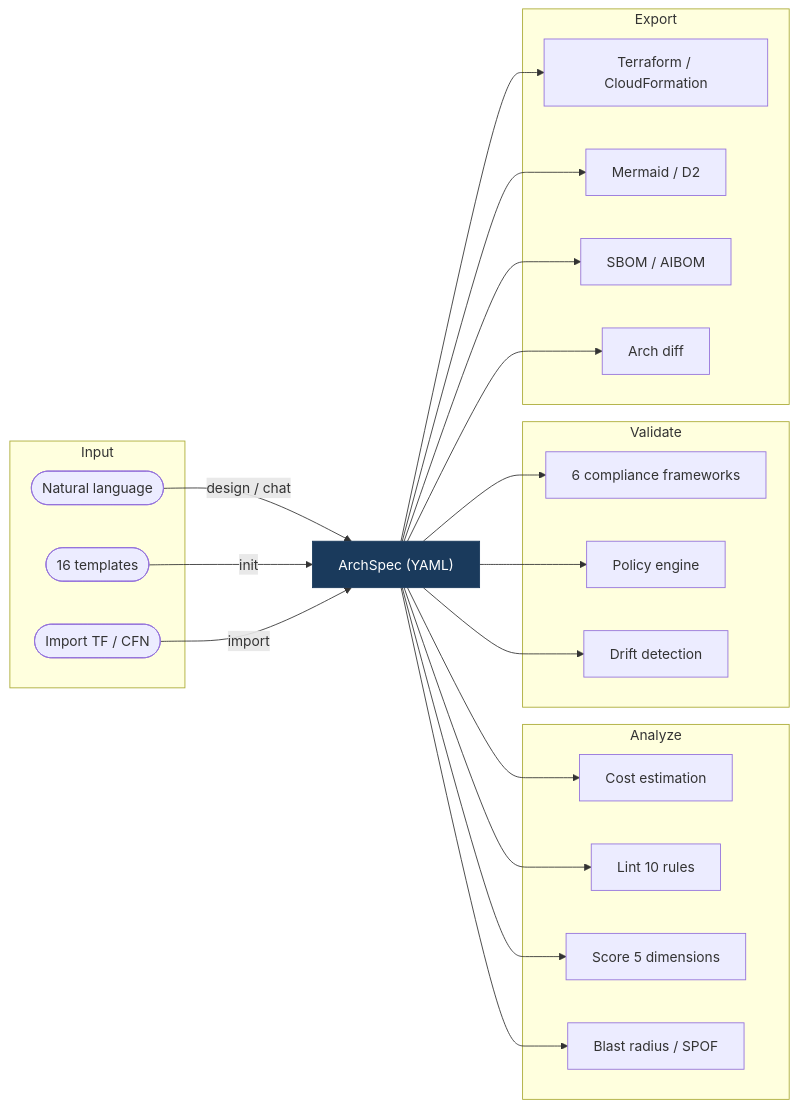
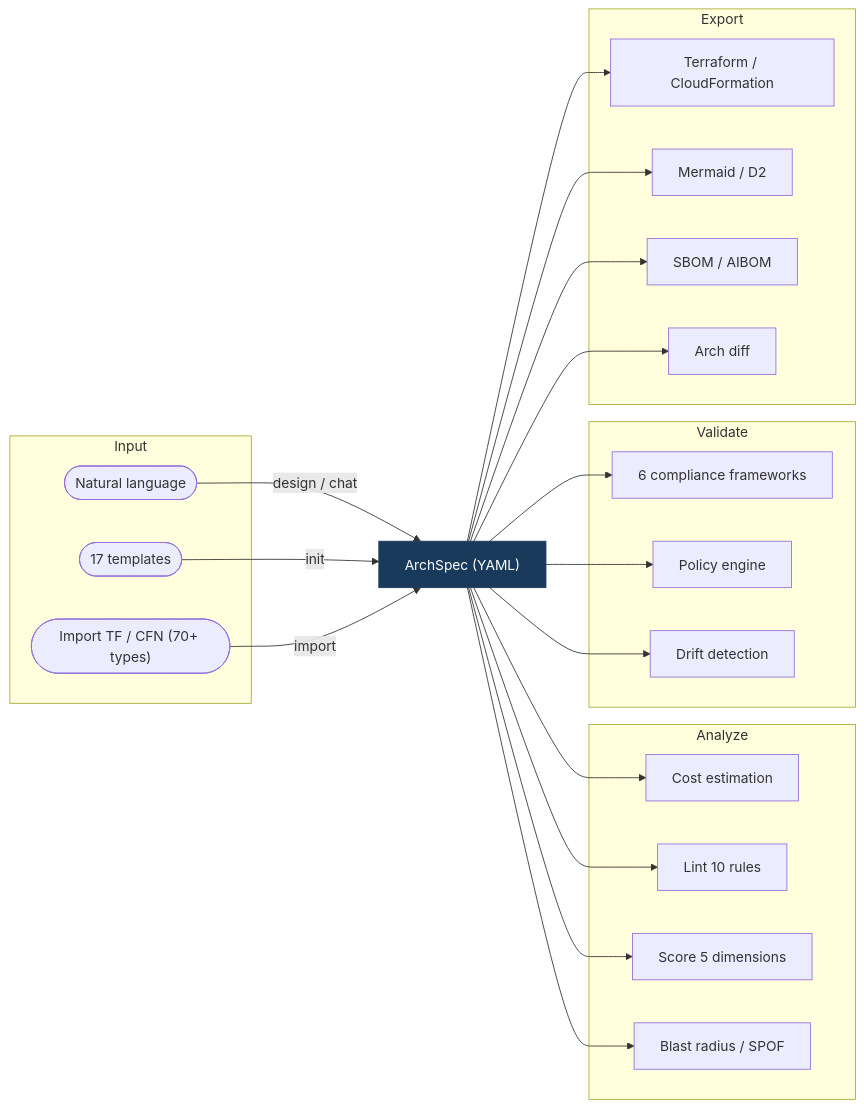
Before and after one commit to xmpuspus/cloudwright: the first of 2 diagrams in README.md, drawn with Mermaid. The commit also changed other lines of this file, not shown here.

Commit message:
Restructure README with What's New section and release timeline

````diff
--- a/README.md
+++ b/README.md
@@ -18,40 +160,40 @@
 ```mermaid
 flowchart LR
     subgraph Input
         nl(["Natural language"])
-        tpl(["16 templates"])
-        imp(["Import TF / CFN"])
+        tpl(["17 templates"])
+        imp(["Import TF / CFN (70+ types)"])
     end
 
     spec["ArchSpec (YAML)"]
 
     subgraph Analyze
         cost["Cost estimation"]
         lint["Lint 10 rules"]
         score["Score 5 dimensions"]
         blast["Blast radius / SPOF"]
     end
 
     subgraph Validate
         comply["6 compliance frameworks"]
         policy["Policy engine"]
         drift["Drift detection"]
     end
 
     subgraph Export
         iac["Terraform / CloudFormation"]
         diagram["Mermaid / D2"]
         sbom["SBOM / AIBOM"]
         diff["Arch diff"]
     end
 
     nl -- design / chat --> spec
     tpl -- init --> spec
     imp -- import --> spec
 
     spec --> cost & lint & score & blast
     spec --> comply & policy & drift
     spec --> iac & diagram & sbom & diff
 
     style spec fill:#1a3a5c,stroke:#1a3a5c,color:#fff
 ```
````
